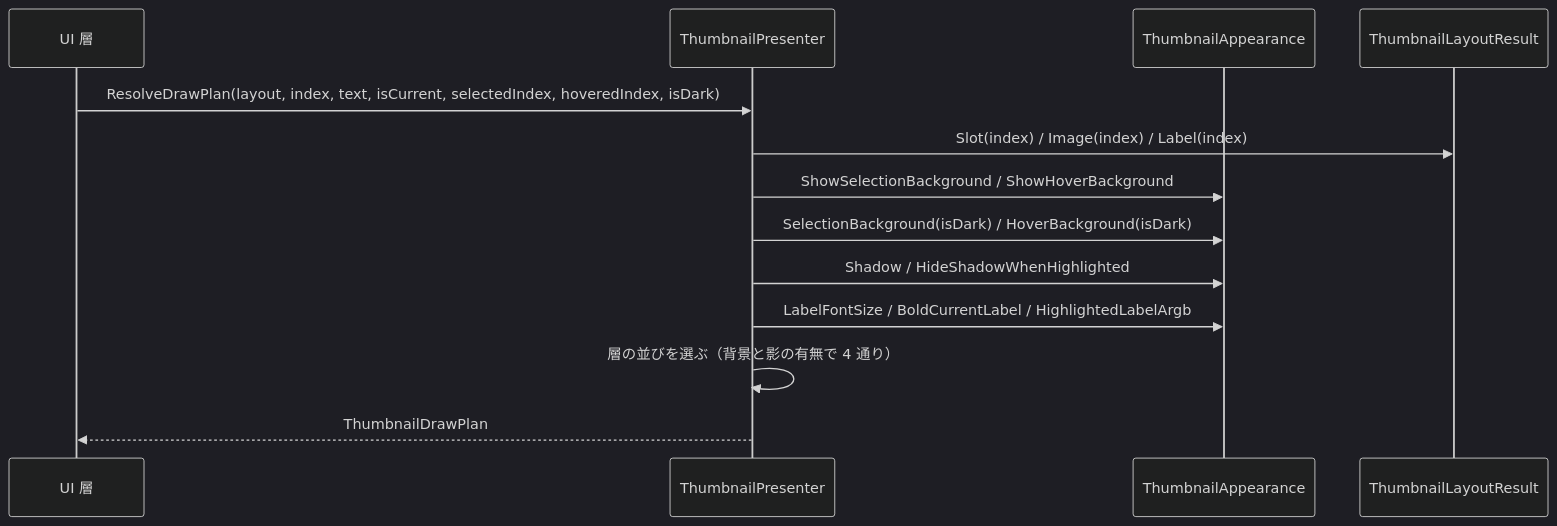
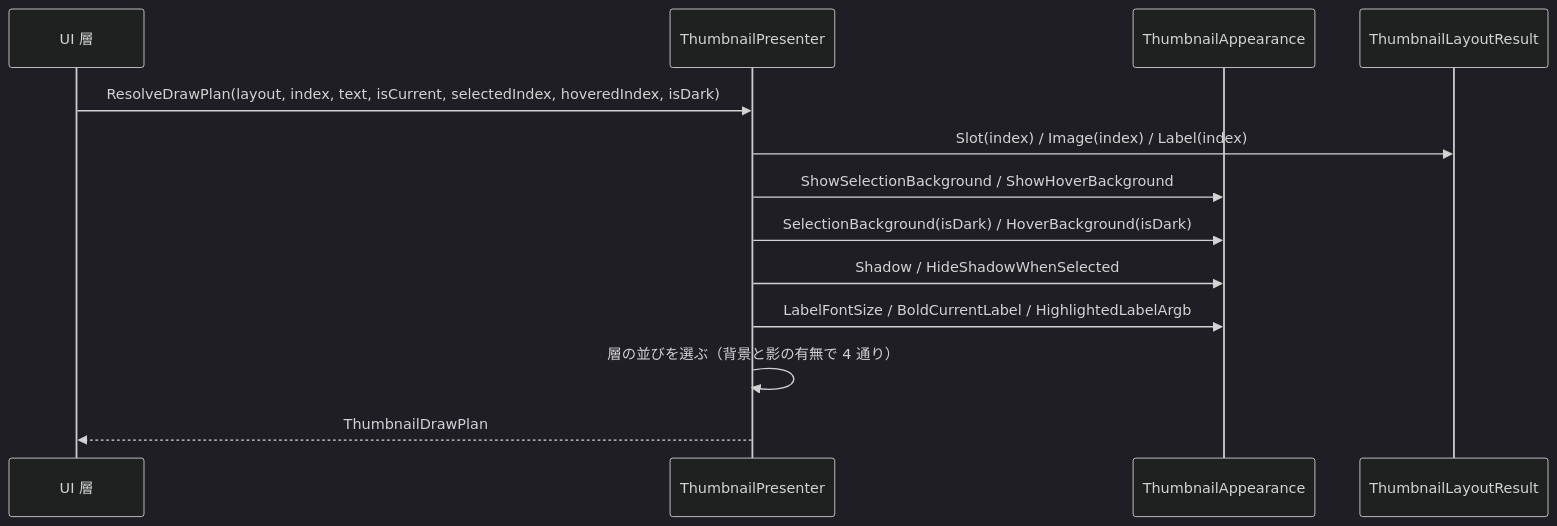
One commit to tomokuni/EsUtil changed the third of 4 diagrams in EsUtil/Feature.Thumbnail.Presenter/docs/SPEC_System.md. Above: the diagram before and after it, drawn with Mermaid (dark theme). The commit also changed other lines of this file and 109 other files, not shown here.

````diff
--- a/EsUtil/Feature.Thumbnail.Presenter/docs/SPEC_System.md
+++ b/EsUtil/Feature.Thumbnail.Presenter/docs/SPEC_System.md
@@ -162,16 +162,16 @@
 ```mermaid
 sequenceDiagram
     participant UI as UI 層
     participant Presenter as ThumbnailPresenter
     participant Appearance as ThumbnailAppearance
     participant Layout as ThumbnailLayoutResult
 
     UI->>Presenter: ResolveDrawPlan(layout, index, text, isCurrent, selectedIndex, hoveredIndex, isDark)
     Presenter->>Layout: Slot(index) / Image(index) / Label(index)
     Presenter->>Appearance: ShowSelectionBackground / ShowHoverBackground
     Presenter->>Appearance: SelectionBackground(isDark) / HoverBackground(isDark)
-    Presenter->>Appearance: Shadow / HideShadowWhenHighlighted
+    Presenter->>Appearance: Shadow / HideShadowWhenSelected
     Presenter->>Appearance: LabelFontSize / BoldCurrentLabel / HighlightedLabelArgb
     Presenter->>Presenter: 層の並びを選ぶ（背景と影の有無で 4 通り）
     Presenter-->>UI: ThumbnailDrawPlan
 ```
````
